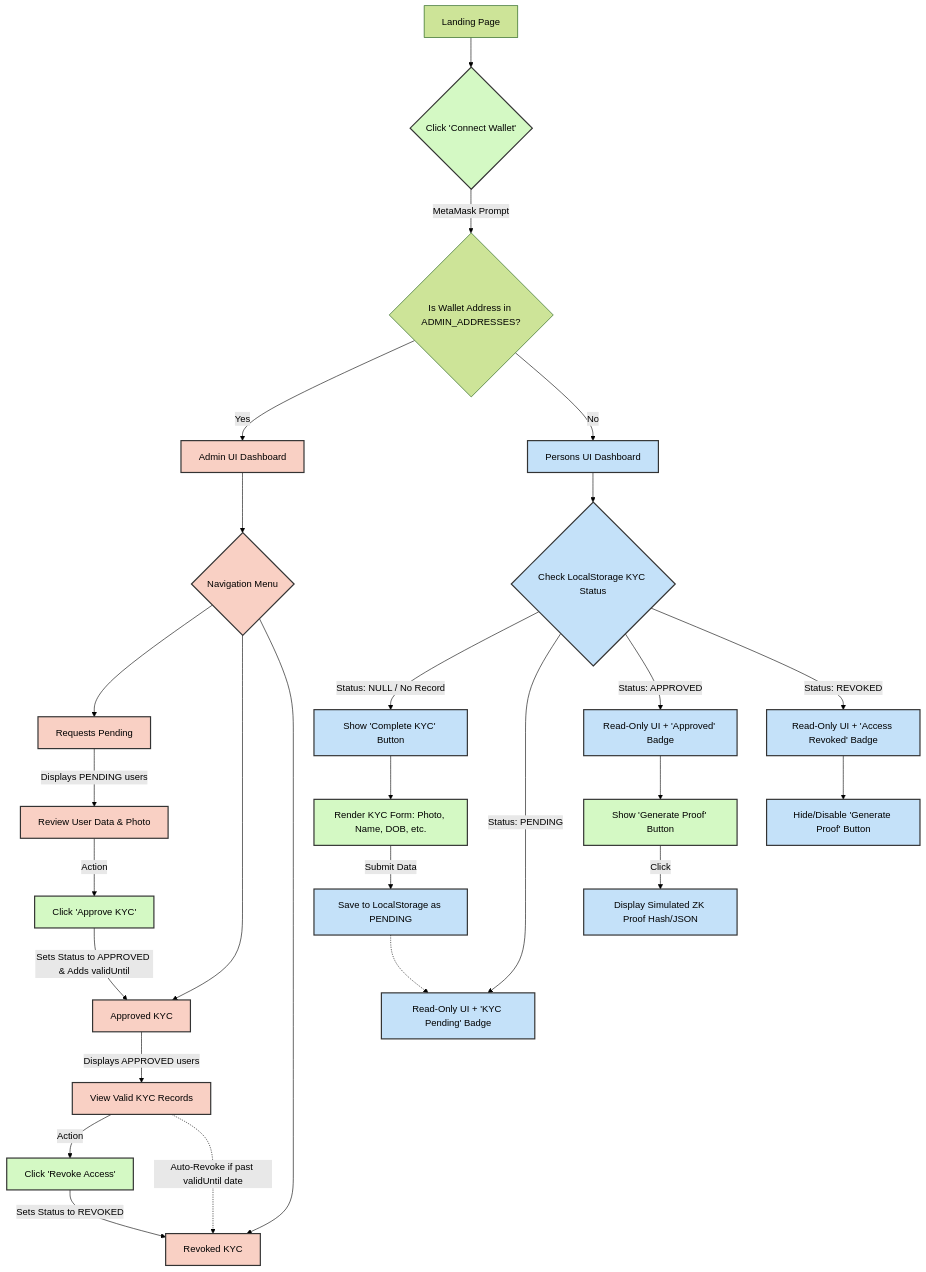
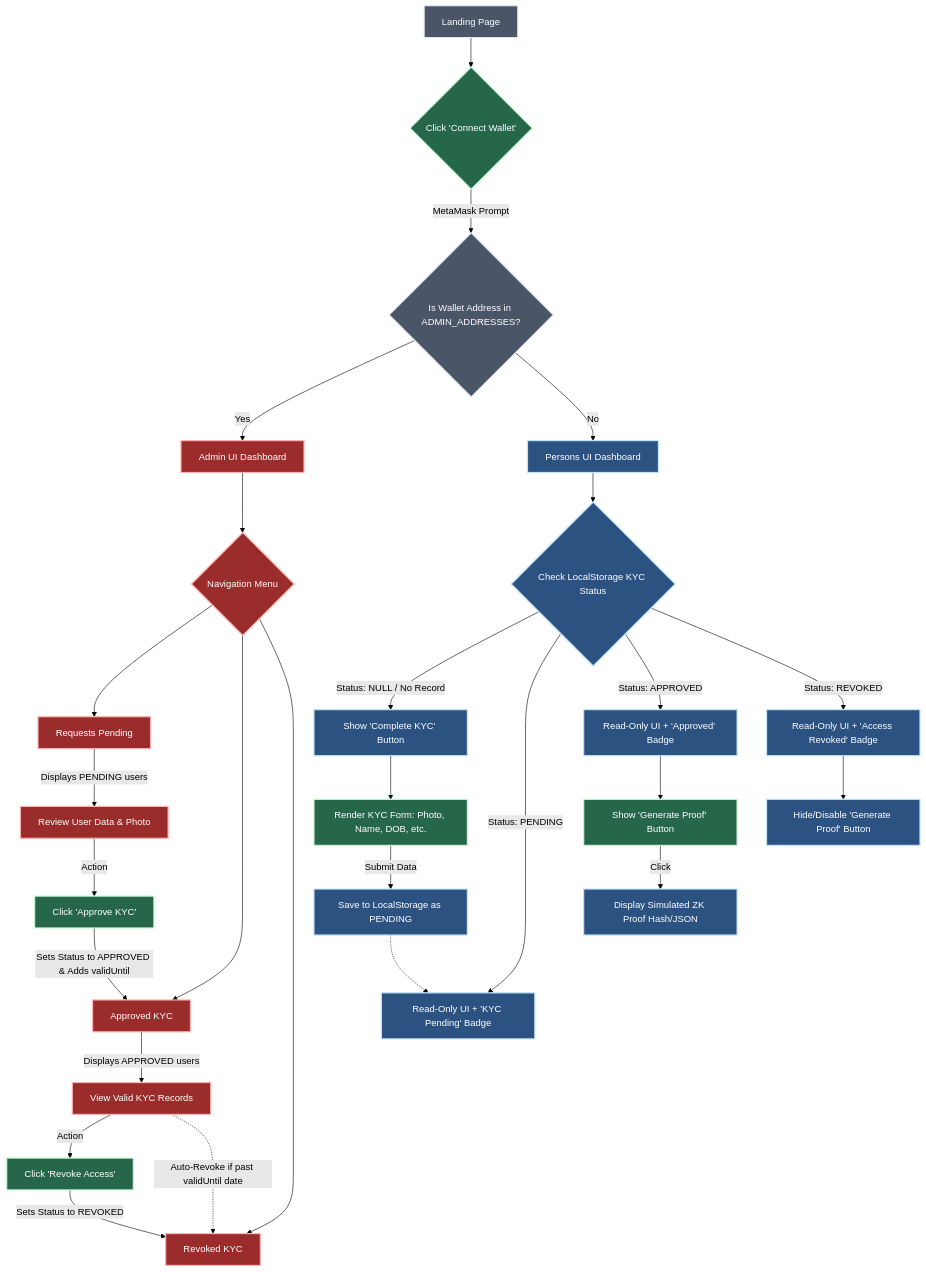
The diagram in README.md (devkhishan/zkyc), drawn with Mermaid (forest theme) before and after one commit.

Commit message:
Update Mermaid diagram for light/dark mode compatibility

````diff
--- a/README.md
+++ b/README.md
@@ -7,53 +7,54 @@
 ```mermaid
 flowchart TD
     %% Initial Login Flow
     A[Landing Page] --> B{Click 'Connect Wallet'}
     B -->|MetaMask Prompt| C{Is Wallet Address in ADMIN_ADDRESSES?}
 
     %% Admin Routing & Functionalities
     C -->|Yes| D[Admin UI Dashboard]
     D --> E{Navigation Menu}
     
     E --> F[Requests Pending]
     E --> G[Approved KYC]
     E --> H[Revoked KYC]
 
     F -->|Displays PENDING users| F1[Review User Data & Photo]
     F1 -->|Action| F2[Click 'Approve KYC']
     F2 -->|Sets Status to APPROVED & Adds validUntil| G
 
     G -->|Displays APPROVED users| G1[View Valid KYC Records]
     G1 -->|Action| G2[Click 'Revoke Access']
     G2 -->|Sets Status to REVOKED| H
     G1 -.->|Auto-Revoke if past validUntil date| H
 
     %% Persons Routing & Functionalities
     C -->|No| I[Persons UI Dashboard]
     I --> J{Check LocalStorage KYC Status}
 
     %% State 1: No KYC
     J -->|Status: NULL / No Record| K[Show 'Complete KYC' Button]
     K --> L[Render KYC Form: Photo, Name, DOB, etc.]
     L -->|Submit Data| M[Save to LocalStorage as PENDING]
     
     %% State 2: Pending
     J -->|Status: PENDING| N[Read-Only UI + 'KYC Pending' Badge]
     M -.-> N
 
     %% State 3: Approved
     J -->|Status: APPROVED| O[Read-Only UI + 'Approved' Badge]
     O --> P[Show 'Generate Proof' Button]
     P -->|Click| Q[Display Simulated ZK Proof Hash/JSON]
 
     %% State 4: Revoked
     J -->|Status: REVOKED| R[Read-Only UI + 'Access Revoked' Badge]
     R --> S[Hide/Disable 'Generate Proof' Button]
 
-    classDef admin fill:#f9d0c4,stroke:#333,stroke-width:2px;
-    classDef person fill:#c4e1f9,stroke:#333,stroke-width:2px;
-    classDef action fill:#d4f9c4,stroke:#333,stroke-width:2px;
+    classDef admin fill:#9b2c2c,color:#fff,stroke:#feb2b2,stroke-width:2px;
+    classDef person fill:#2c5282,color:#fff,stroke:#bee3f8,stroke-width:2px;
+    classDef action fill:#276749,color:#fff,stroke:#c6f6d5,stroke-width:2px;
+    classDef default fill:#4a5568,color:#fff,stroke:#e2e8f0,stroke-width:2px;
 
     class D,E,F,G,H,F1,F2,G1,G2 admin;
     class I,J,K,L,M,N,O,P,Q,R,S person;
     class B,F2,G2,L,P action;
 ```
````
